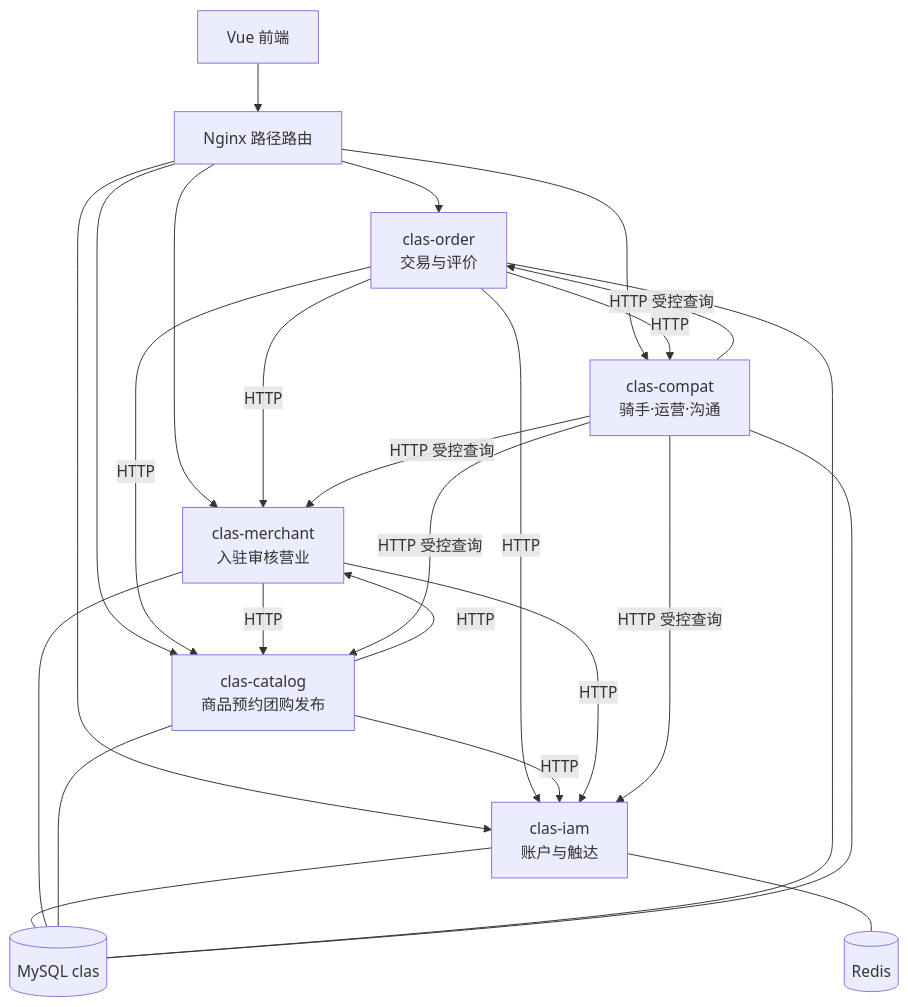
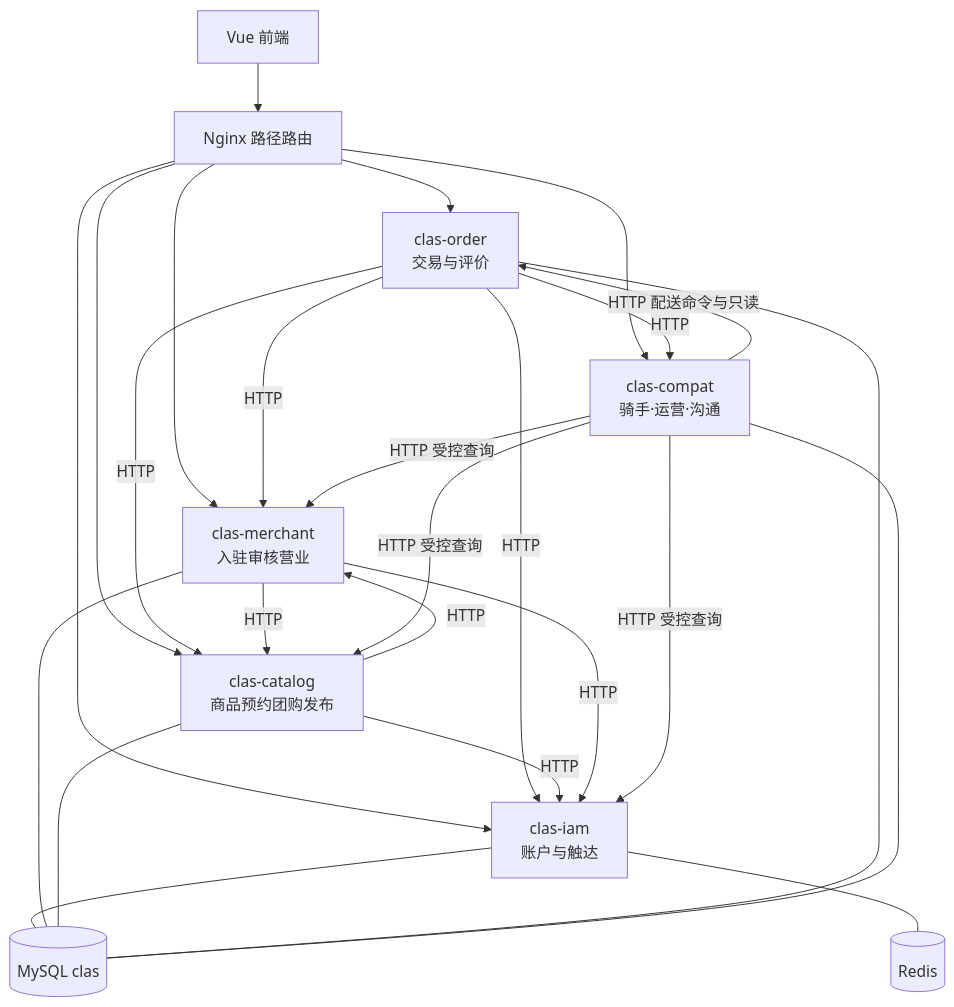
Before and after one commit to Amyjinru/CLAS: the diagram in docs/三服务划分图.md, drawn with Mermaid. The commit also changed 28 other files, not shown here.

````diff
--- a/docs/三服务划分图.md
+++ b/docs/三服务划分图.md
@@ -15,30 +15,30 @@
 ```mermaid
 flowchart TB
     FE[Vue 前端] --> NGX[Nginx 路径路由]
     NGX --> IAM[clas-iam<br/>账户与触达]
     NGX --> MCH[clas-merchant<br/>入驻审核营业]
     NGX --> CAT[clas-catalog<br/>商品预约团购发布]
     NGX --> ORD[clas-order<br/>交易与评价]
     NGX --> CMP[clas-compat<br/>骑手·运营·沟通]
 
     ORD -->|HTTP| MCH
     ORD -->|HTTP| CAT
     ORD -->|HTTP| IAM
     ORD -->|HTTP| CMP
     CAT -->|HTTP| MCH
     CAT -->|HTTP| IAM
     MCH -->|HTTP| IAM
     MCH -->|HTTP| CAT
     CMP -->|HTTP 受控查询| IAM
     CMP -->|HTTP 受控查询| MCH
     CMP -->|HTTP 受控查询| CAT
-    CMP -->|HTTP 受控查询| ORD
+    CMP -->|HTTP 配送命令与只读| ORD
 
     IAM --- DB[(MySQL clas)]
     MCH --- DB
     CAT --- DB
     ORD --- DB
     CMP --- DB
 
     IAM --- R[(Redis)]
 ```
````
